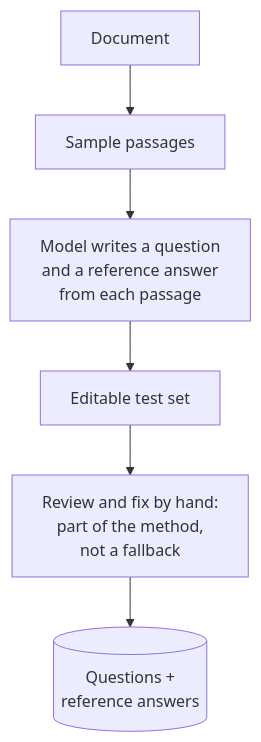
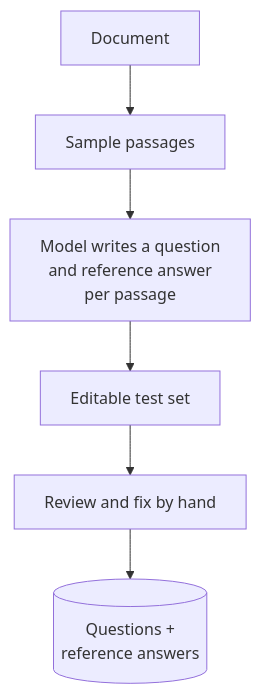
The first of 2 diagrams in app/demos/rag/evaluation/README.md (jjaaxx44/genai-personal-lab-rag), drawn with Mermaid before and after one commit. The commit also changed other lines of this file and 32 other files, not shown here.

````diff
--- a/app/demos/rag/evaluation/README.md
+++ b/app/demos/rag/evaluation/README.md
@@ -26,8 +14,8 @@
 ```mermaid
 flowchart TD
   A["Document"] --> B["Sample passages"]
-  B --> C["Model writes a question<br/>and a reference answer<br/>from each passage"]
+  B --> C["Model writes a question<br/>and reference answer<br/>per passage"]
   C --> D["Editable test set"]
-  D --> E["Review and fix by hand:<br/>part of the method,<br/>not a fallback"]
+  D --> E["Review and fix by hand"]
   E --> F[("Questions +<br/>reference answers")]
 ```
````
